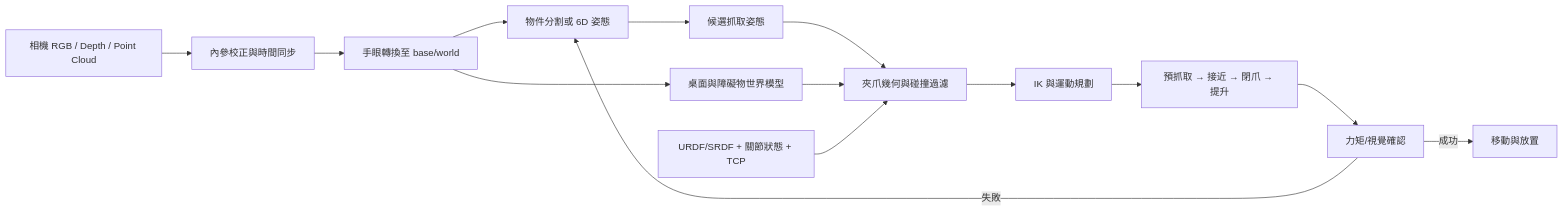
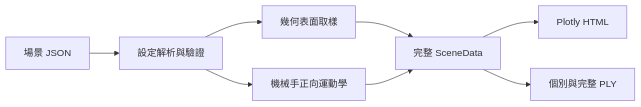
One commit to zack7515/SimGrasp3D-Lab changed the diagram in README.md. Above: the diagram before and after it, drawn with Mermaid. The commit also changed other lines of this file and 1 other file, not shown here.

````diff
--- a/README.md
+++ b/README.md
@@ -166,16 +109,10 @@
 ```mermaid
 flowchart LR
-    A[相機 RGB / Depth / Point Cloud] --> B[內參校正與時間同步]
-    B --> C[手眼轉換至 base/world]
-    C --> D[物件分割或 6D 姿態]
-    C --> E[桌面與障礙物世界模型]
-    D --> F[候選抓取姿態]
-    F --> G[夾爪幾何與碰撞過濾]
-    E --> G
-    H[URDF/SRDF + 關節狀態 + TCP] --> G
-    G --> I[IK 與運動規劃]
-    I --> J[預抓取 → 接近 → 閉爪 → 提升]
-    J --> K[力矩/視覺確認]
-    K -->|成功| L[移動與放置]
-    K -->|失敗| D
+    A[場景 JSON] --> B[設定解析與驗證]
+    B --> C[幾何表面取樣]
+    B --> D[機械手正向運動學]
+    C --> E[完整 SceneData]
+    D --> E
+    E --> F[Plotly HTML]
+    E --> G[個別與完整 PLY]
 ```
````
